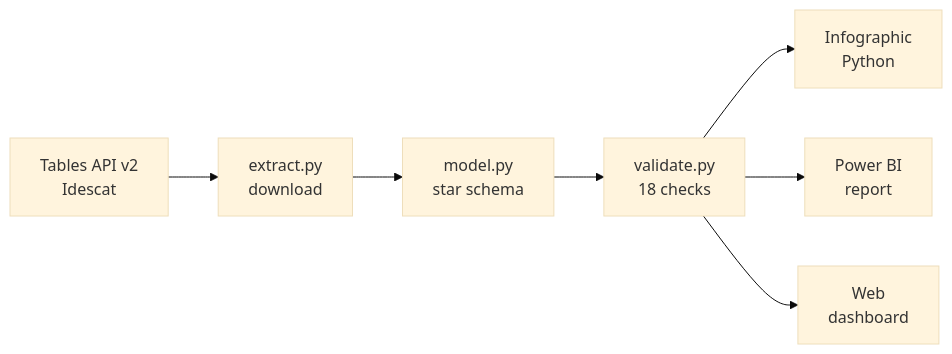
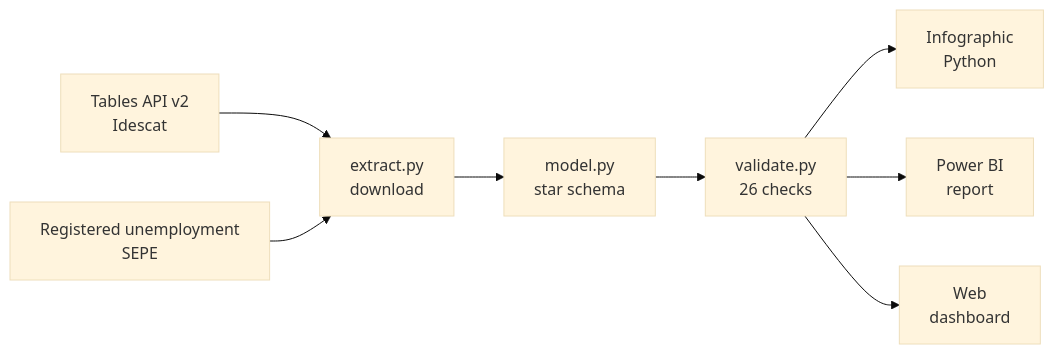
One commit to uriferret/idescat-economic-report changed the second of 2 diagrams in README.md. Above: the diagram before and after it, drawn with Mermaid (base theme). The commit also changed other lines of this file and 18 other files, not shown here.

````diff
--- a/README.md
+++ b/README.md
@@ -155,9 +172,10 @@
 ```mermaid
 flowchart LR
   A["Tables API v2<br>Idescat"] --> B["extract.py<br>download"]
+  S["Registered unemployment<br>SEPE"] --> B
   B --> C["model.py<br>star schema"]
-  C --> D["validate.py<br>18 checks"]
+  C --> D["validate.py<br>26 checks"]
   D --> E["Infographic<br>Python"]
   D --> F["Power BI<br>report"]
   D --> G["Web<br>dashboard"]
 ```
````
